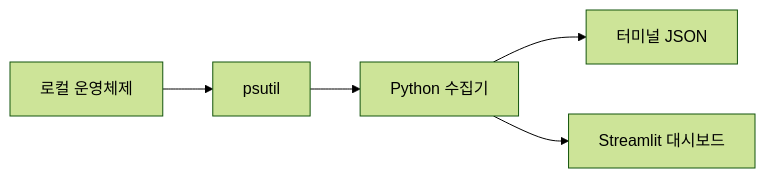
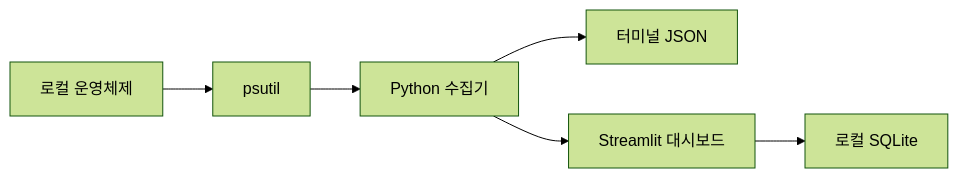
Before and after one commit to lDrctl/system-resource-monitor: the diagram in README.md, drawn with Mermaid (forest theme). The commit also changed other lines of this file and 7 other files, not shown here.

````diff
--- a/README.md
+++ b/README.md
@@ -25,7 +33,8 @@
 ```mermaid
 flowchart LR
     OS["로컬 운영체제"] --> PS["psutil"]
     PS --> Collector["Python 수집기"]
     Collector --> CLI["터미널 JSON"]
     Collector --> UI["Streamlit 대시보드"]
+    UI --> DB["로컬 SQLite"]
 ```
````
